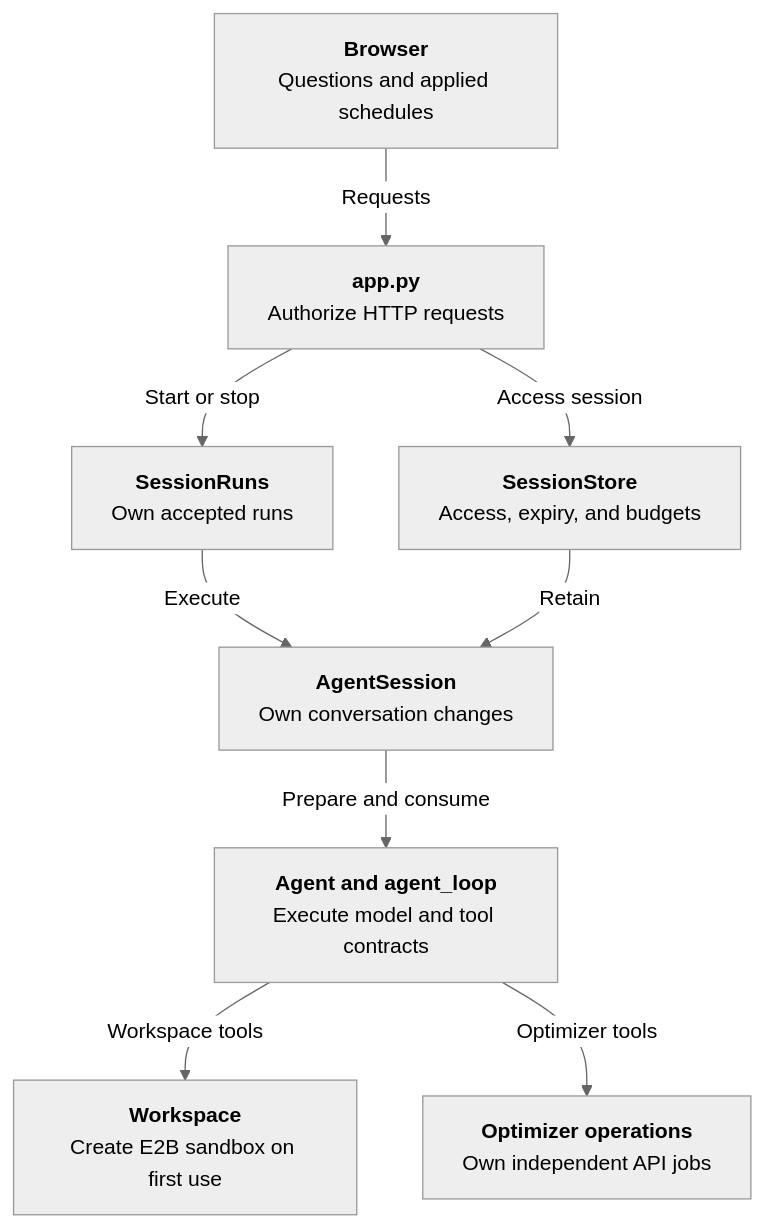
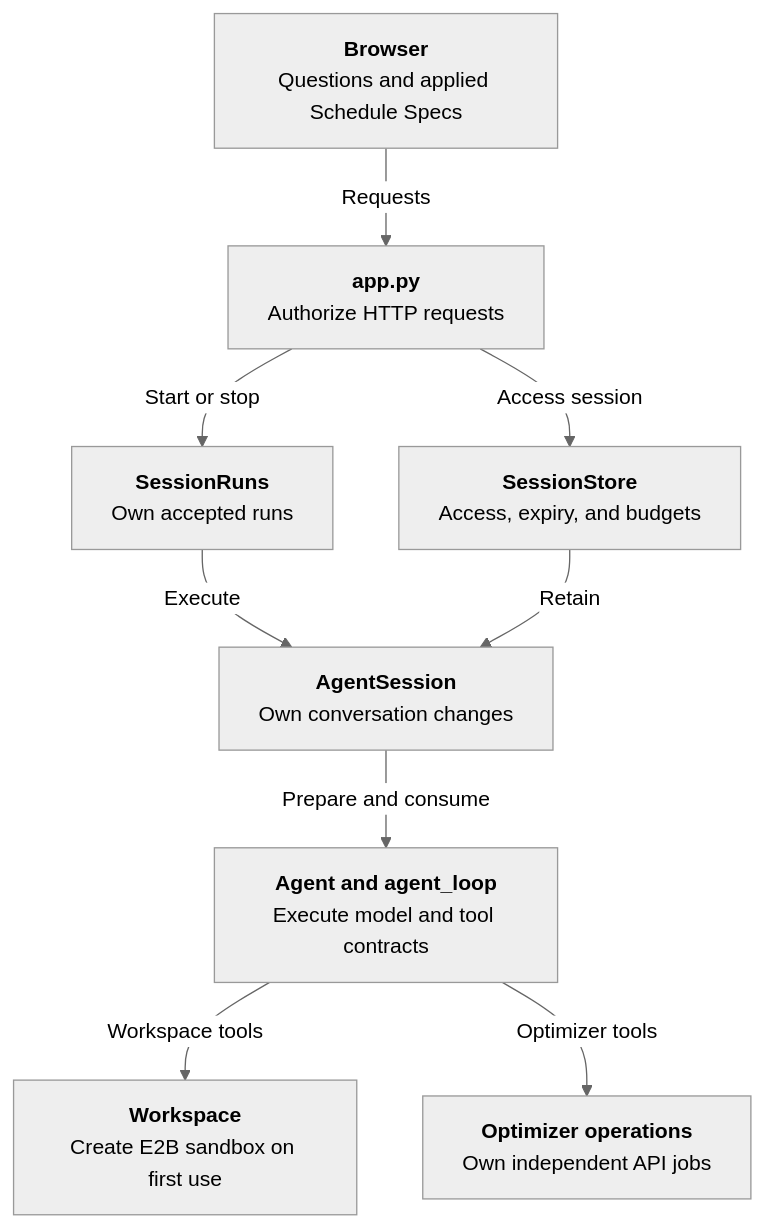
Before and after one commit to j3soon/nurse-scheduling: the first of 6 diagrams in docs/content/developer-guide/ai-assistant.md, drawn with Mermaid (neutral theme). The commit also changed other lines of this file and 75 other files, not shown here.

First line of the commit message:
fix: distinguish Schedule Specs from assignment schedules

````diff
--- a/docs/content/developer-guide/ai-assistant.md
+++ b/docs/content/developer-guide/ai-assistant.md
@@ -42,19 +42,19 @@
 ```mermaid
 flowchart TB
-    Browser["<b>Browser</b><br/>Questions and applied schedules"]
+    Browser["<b>Browser</b><br/>Questions and applied Schedule Specs"]
     Routes["<b>app.py</b><br/>Authorize HTTP requests"]
     Runs["<b>SessionRuns</b><br/>Own accepted runs"]
     Store["<b>SessionStore</b><br/>Access, expiry, and budgets"]
     Session["<b>AgentSession</b><br/>Own conversation changes"]
     Agent["<b>Agent and agent_loop</b><br/>Execute model and tool contracts"]
     Workspace["<b>Workspace</b><br/>Create E2B sandbox on first use"]
     Optimizer["<b>Optimizer operations</b><br/>Own independent API jobs"]
     Browser -->|Requests| Routes
     Routes -->|Start or stop| Runs
     Routes -->|Access session| Store
     Runs -->|Execute| Session
     Store -->|Retain| Session
     Session -->|Prepare and consume| Agent
     Agent -->|Workspace tools| Workspace
     Agent -->|Optimizer tools| Optimizer
 ```
````
